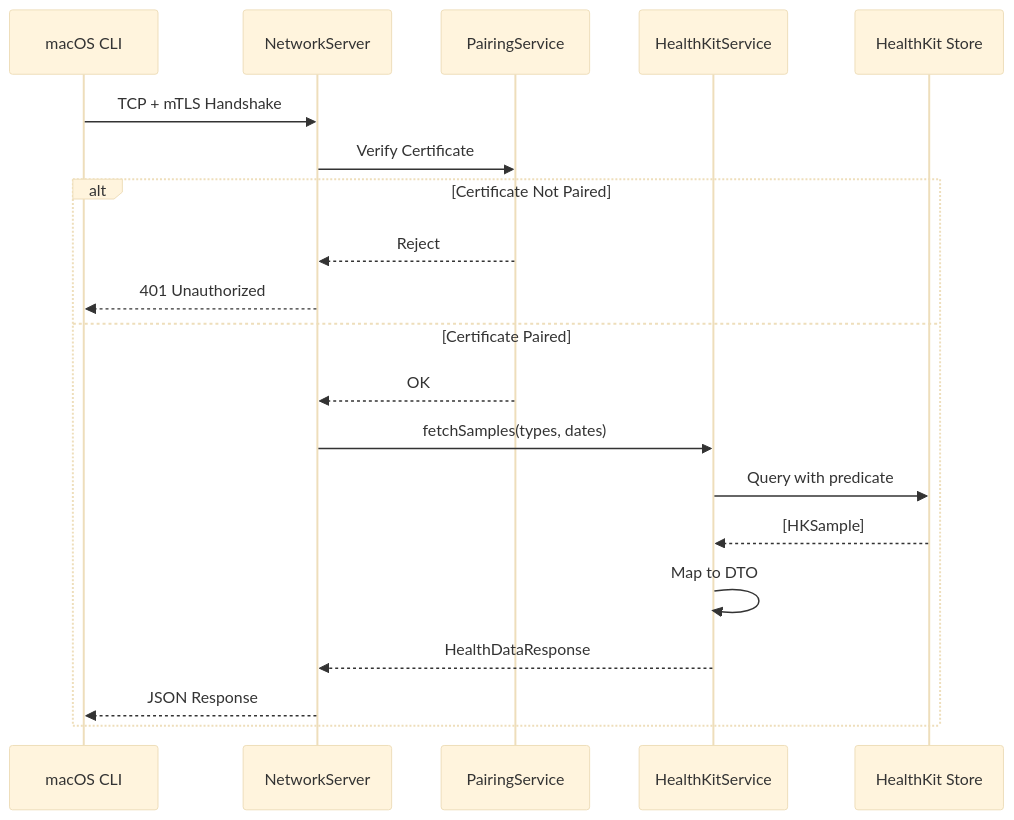
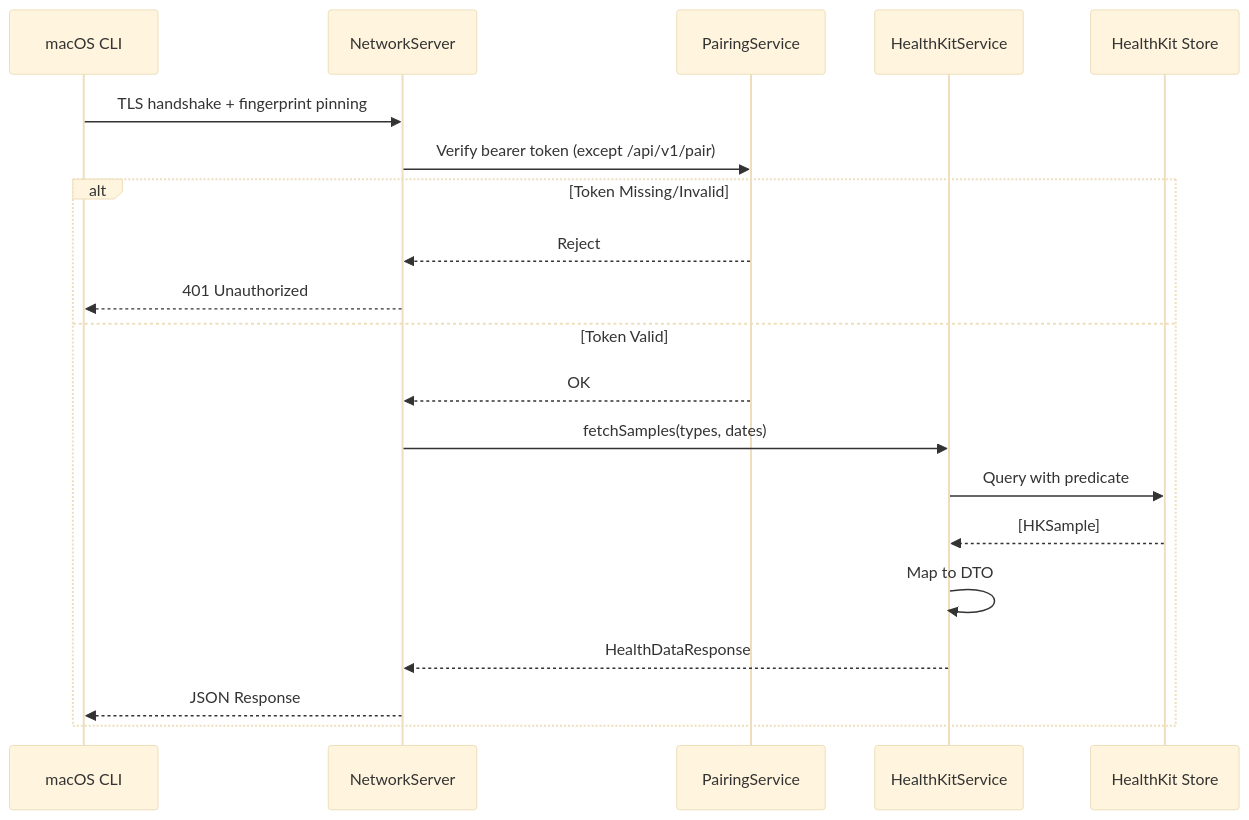
The fifth of 11 diagrams in DOCS/reference/architecture.md (mneves75/ai-health-sync-ios), drawn with Mermaid (base theme) before and after one commit. The commit also changed other lines of this file and 109 other files, not shown here.

````diff
--- a/DOCS/reference/architecture.md
+++ b/DOCS/reference/architecture.md
@@ -181,24 +181,24 @@
 ```mermaid
 sequenceDiagram
     participant CLI as macOS CLI
     participant Server as NetworkServer
     participant Pairing as PairingService
     participant HealthKit as HealthKitService
     participant HK as HealthKit Store
 
-    CLI->>Server: TCP + mTLS Handshake
-    Server->>Pairing: Verify Certificate
+    CLI->>Server: TLS handshake + fingerprint pinning
+    Server->>Pairing: Verify bearer token (except /api/v1/pair)
 
-    alt Certificate Not Paired
+    alt Token Missing/Invalid
         Pairing-->>Server: Reject
         Server-->>CLI: 401 Unauthorized
-    else Certificate Paired
+    else Token Valid
         Pairing-->>Server: OK
         Server->>HealthKit: fetchSamples(types, dates)
         HealthKit->>HK: Query with predicate
         HK-->>HealthKit: [HKSample]
         HealthKit->>HealthKit: Map to DTO
         HealthKit-->>Server: HealthDataResponse
         Server-->>CLI: JSON Response
     end
 ```
````
